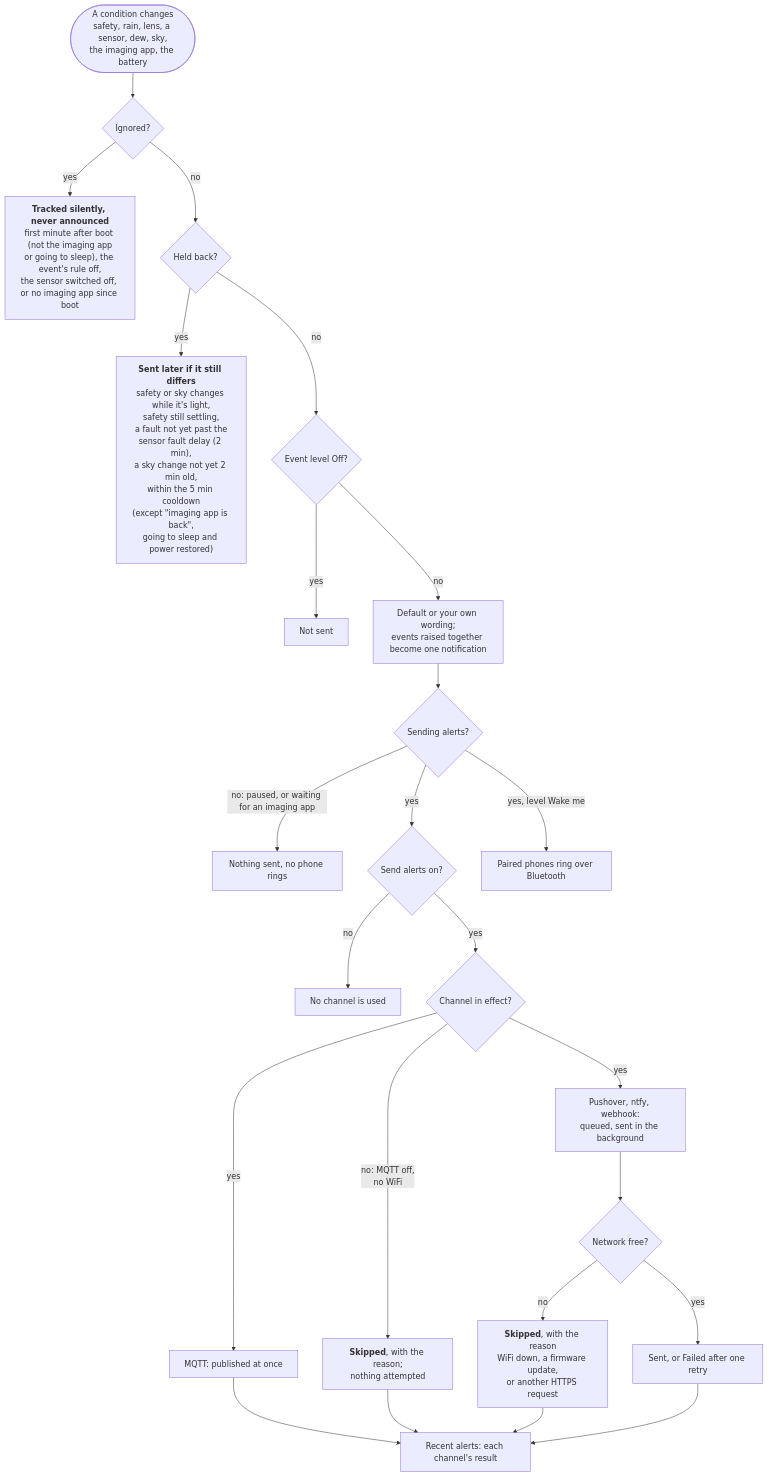
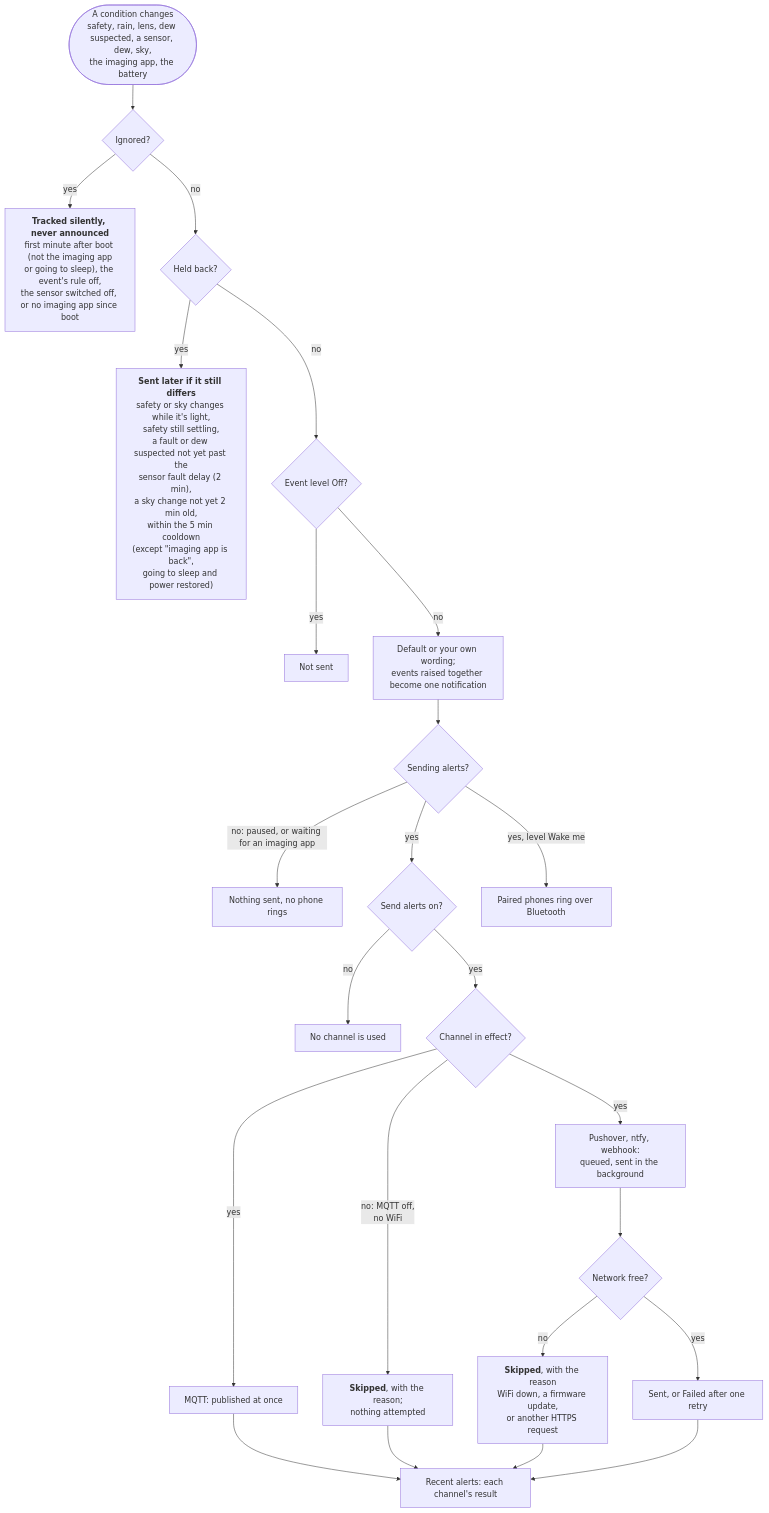
Before and after one commit to DeanJ87/SQMeter: the diagram in docs/user-guide/alerts.md, drawn with Mermaid. The commit also changed other lines of this file and 102 other files, not shown here.

First line of the commit message:
Rain needs cloud: rain under a healthy clear sky is dew, not unsafe (spec 036) (#189)

````diff
--- a/docs/user-guide/alerts.md
+++ b/docs/user-guide/alerts.md
@@ -18,28 +18,28 @@
 ```mermaid
 flowchart TB
     accTitle: Why an alert does or doesn't arrive
     accDescr: Each second the device compares every condition with what you were last told. A change can be tracked silently, held back for now, or dropped by its level; otherwise it is worded and, if alerts are on, sent to every enabled channel unless alerts are paused, with each channel's result recorded.
-    CHANGE(["A condition changes<br/>safety, rain, lens, a sensor, dew, sky,<br/>the imaging app, the battery"]) --> SILENT{"Ignored?"}
+    CHANGE(["A condition changes<br/>safety, rain, lens, dew suspected, a sensor, dew, sky,<br/>the imaging app, the battery"]) --> SILENT{"Ignored?"}
     SILENT -->|yes| TRACKED["<b>Tracked silently, never announced</b><br/>first minute after boot (not the imaging app<br/>or going to sleep), the event's rule off,<br/>the sensor switched off, or no imaging app since boot"]
     SILENT -->|no| HELD{"Held back?"}
-    HELD -->|yes| LATER["<b>Sent later if it still differs</b><br/>safety or sky changes while it's light,<br/>safety still settling,<br/>a fault not yet past the<br/>sensor fault delay (2 min),<br/>a sky change not yet 2 min old,<br/>within the 5 min cooldown<br/>(except &quot;imaging app is back&quot;,<br/>going to sleep and power restored)"]
+    HELD -->|yes| LATER["<b>Sent later if it still differs</b><br/>safety or sky changes while it's light,<br/>safety still settling,<br/>a fault or dew suspected not yet past the<br/>sensor fault delay (2 min),<br/>a sky change not yet 2 min old,<br/>within the 5 min cooldown<br/>(except &quot;imaging app is back&quot;,<br/>going to sleep and power restored)"]
     HELD -->|no| LEVEL{"Event level Off?"}
     LEVEL -->|yes| DROPPED["Not sent"]
     LEVEL -->|no| WORDING["Default or your own wording;<br/>events raised together become one notification"]
     WORDING --> ON{"Sending alerts?"}
     ON -->|"no: paused, or waiting for an imaging app"| NOTHING["Nothing sent, no phone rings"]
     ON -->|yes| MASTER{"Send alerts on?"}
     ON -->|"yes, level Wake me"| BLE["Paired phones ring over Bluetooth"]
     MASTER -->|no| NOPUSH["No channel is used"]
     MASTER -->|yes| INEFFECT{"Channel in effect?"}
     INEFFECT -->|"no: MQTT off,<br/>no WiFi"| INACTIVE["<b>Skipped</b>, with the reason;<br/>nothing attempted"]
     INEFFECT -->|yes| MQTT["MQTT: published at once"]
     INEFFECT -->|yes| HTTP["Pushover, ntfy, webhook:<br/>queued, sent in the background"]
     HTTP --> CANSEND{"Network free?"}
     CANSEND -->|no| SKIPPED["<b>Skipped</b>, with the reason<br/>WiFi down, a firmware update,<br/>or another HTTPS request"]
     CANSEND -->|yes| SENT["Sent, or Failed after one retry"]
     MQTT --> RECENT["Recent alerts: each channel's result"]
     INACTIVE --> RECENT
     SKIPPED --> RECENT
     SENT --> RECENT
 ```
````
